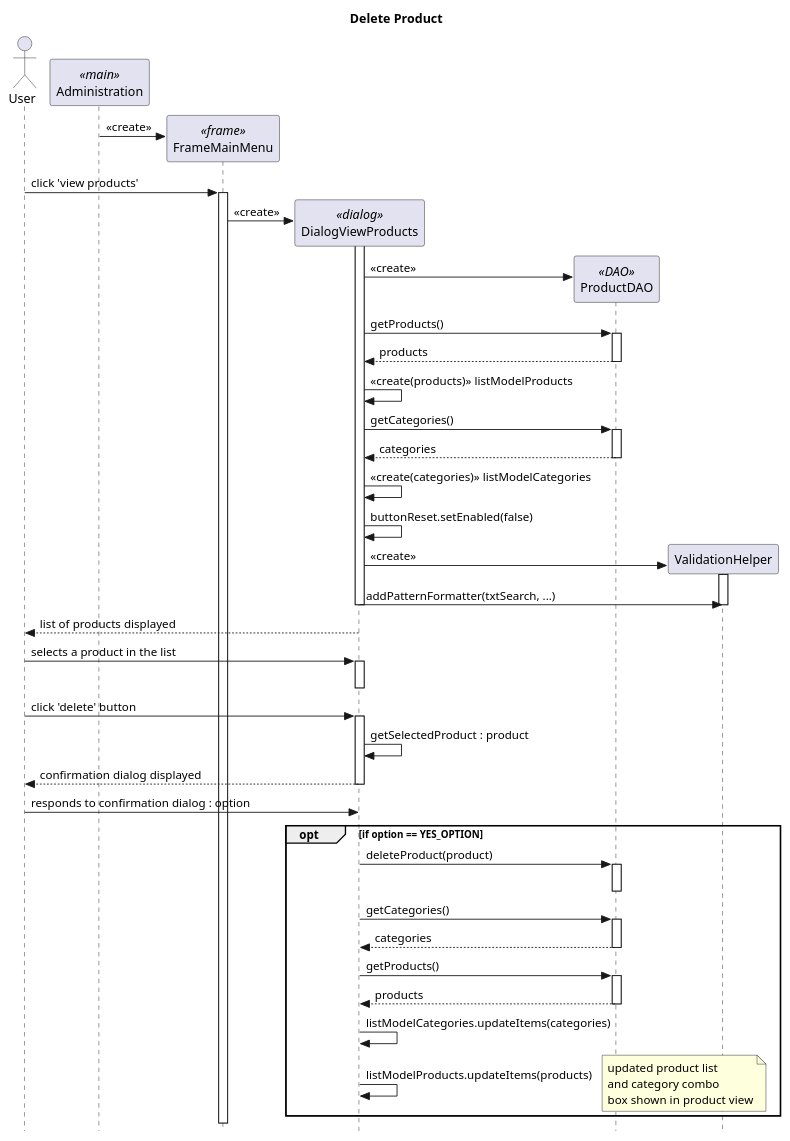
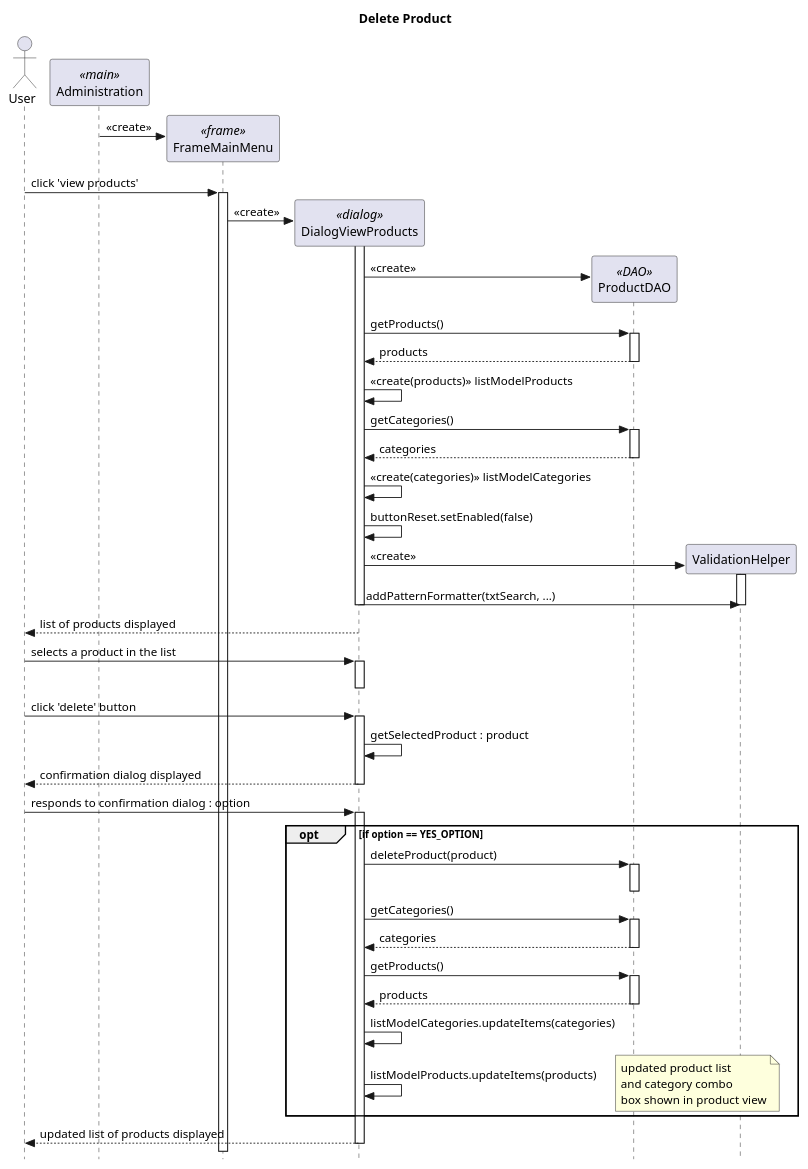
Before and after one commit to matthewdockerty/INFO202Shopping: the diagram in deleteProduct.puml, drawn with PlantUML. The commit also changed 1 other file, not shown here.

Commit message:
Tweak delete and search/filter sequence diagrams. Closes #31.

```diff
--- a/deleteProduct.puml
+++ b/deleteProduct.puml
@@ -1,78 +1,78 @@
 @startuml
 
 ' style tweaks to make the diagram a little more readable
 skinparam style strictuml
 
 title Delete Product
 
 actor User as user
 participant "Administration" as main <<main>>
 participant "FrameMainMenu" as menu <<frame>>
 participant "DialogViewProducts" as view <<dialog>>
 participant "ProductDAO" as dao <<DAO>>
 participant "ValidationHelper" as validator
 
 create menu
 main -> menu : «create»
 
 user -> menu : click 'view products'
 menu++
 
 create view
 menu -> view : «create»
 
 view++
 create dao
 view -> dao : «create»
 
 view -> dao++ : getProducts()
 view <-- dao-- : products
-view -> view : <<create(products)>> listModelProducts
+view -> view : «create(products)» listModelProducts
 
 view -> dao++ : getCategories()
 view <-- dao-- : categories
-view -> view : <<create(categories)>> listModelCategories
+view -> view : «create(categories)» listModelCategories
 view -> view : buttonReset.setEnabled(false)
 
 create validator
 view -> validator++ : «create»
 view -> validator-- : addPatternFormatter(txtSearch, ...)
 validator--
 
 user <-- view : list of products displayed
-
+view--
 
 
 user -> view++ : selects a product in the list
 view--
 
 
 
 user -> view : click 'delete' button
 activate view
 
 view -> view : getSelectedProduct : product
 view --> user : confirmation dialog displayed
 view--
 
 user -> view : responds to confirmation dialog : option
-
+view++
 opt if option == YES_OPTION
     view -> dao++ : deleteProduct(product)
     dao--
     
     view -> dao++ : getCategories()
     return categories
     view -> dao++ : getProducts()
     return products
 
     view -> view : listModelCategories.updateItems(categories)
     view -> view : listModelProducts.updateItems(products)
     
 note right : updated product list\nand category combo\nbox shown in product view
 end
-
-
+view --> user : updated list of products displayed
+view--
 
 
 @enduml
```
